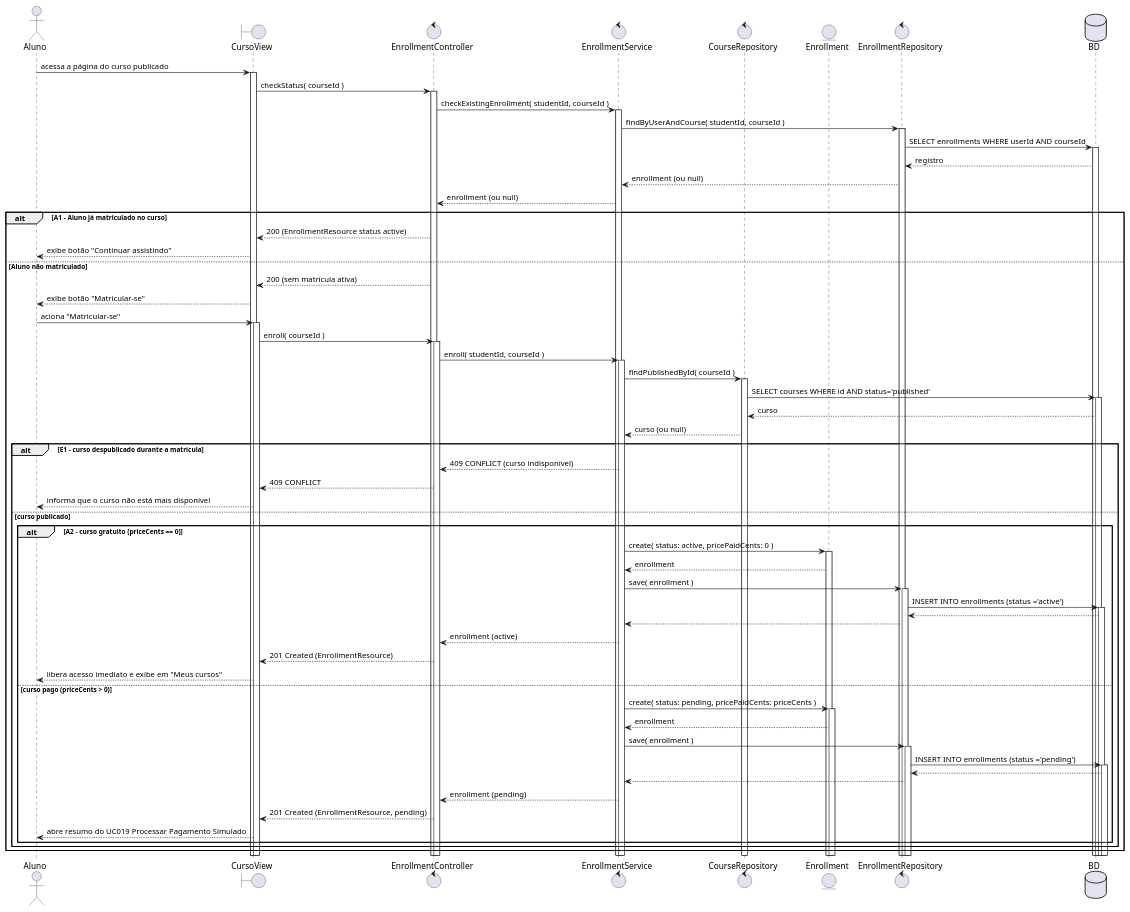
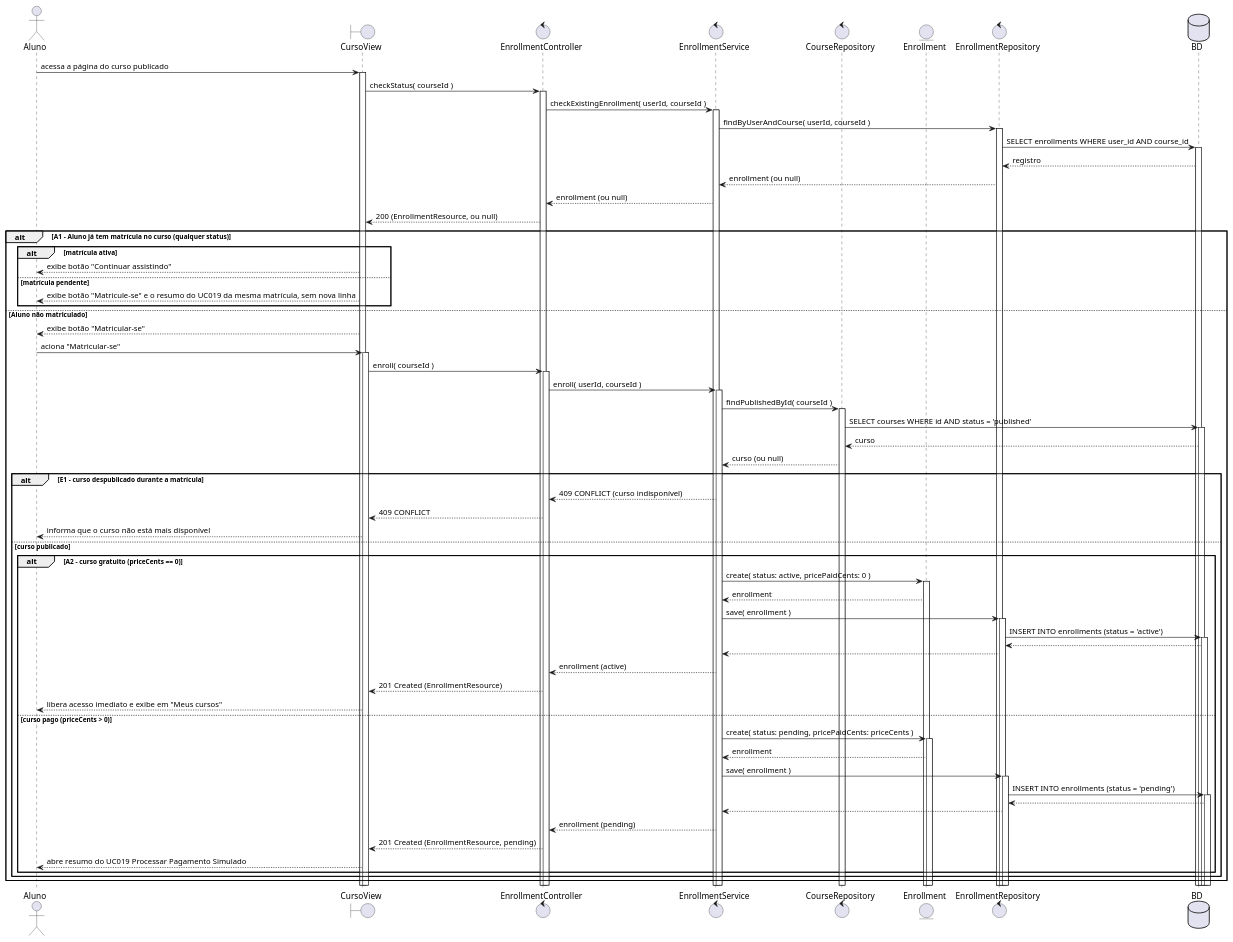
The diagram in scripts/drawio-seqgen/exemplos/14-sequencia-uc003.puml (Plataforma-de-Cursos-TCC/plataforma-cursos-docs), drawn with PlantUML before and after one commit. The commit also changed 15 other files, not shown here.

First line of the commit message:
docs(diagrama-de-sequencia): align Area C sequences with the approved decisions

```diff
--- a/scripts/drawio-seqgen/exemplos/14-sequencia-uc003.puml
+++ b/scripts/drawio-seqgen/exemplos/14-sequencia-uc003.puml
@@ -3,59 +3,62 @@
 @startuml 14-sequencia-uc003
 actor Aluno
 boundary CursoView
 control EnrollmentController
 control EnrollmentService
 control CourseRepository
 entity Enrollment
 control EnrollmentRepository
 database BD
 Aluno -> CursoView ++ : acessa a página do curso publicado
 CursoView -> EnrollmentController ++ : checkStatus( courseId )
-EnrollmentController -> EnrollmentService ++ : checkExistingEnrollment( studentId, courseId )
-EnrollmentService -> EnrollmentRepository ++ : findByUserAndCourse( studentId, courseId )
-EnrollmentRepository -> BD ++ : SELECT enrollments WHERE userId AND courseId
+EnrollmentController -> EnrollmentService ++ : checkExistingEnrollment( userId, courseId )
+EnrollmentService -> EnrollmentRepository ++ : findByUserAndCourse( userId, courseId )
+EnrollmentRepository -> BD ++ : SELECT enrollments WHERE user_id AND course_id
 BD --> EnrollmentRepository : registro
 EnrollmentRepository --> EnrollmentService : enrollment (ou null)
 EnrollmentService --> EnrollmentController : enrollment (ou null)
-alt A1 - Aluno já matriculado no curso
-EnrollmentController --> CursoView : 200 (EnrollmentResource status active)
+EnrollmentController --> CursoView : 200 (EnrollmentResource, ou null)
+alt A1 - Aluno já tem matrícula no curso (qualquer status)
+alt matrícula ativa
 CursoView --> Aluno : exibe botão "Continuar assistindo"
+else matrícula pendente
+CursoView --> Aluno : exibe botão "Matricule-se" e o resumo do UC019 da mesma matrícula, sem nova linha
+end
 else Aluno não matriculado
-EnrollmentController --> CursoView : 200 (sem matrícula ativa)
 CursoView --> Aluno : exibe botão "Matricular-se"
 Aluno -> CursoView ++ : aciona "Matricular-se"
 CursoView -> EnrollmentController ++ : enroll( courseId )
-EnrollmentController -> EnrollmentService ++ : enroll( studentId, courseId )
+EnrollmentController -> EnrollmentService ++ : enroll( userId, courseId )
 EnrollmentService -> CourseRepository ++ : findPublishedById( courseId )
-CourseRepository -> BD ++ : SELECT courses WHERE id AND status='published'
+CourseRepository -> BD ++ : SELECT courses WHERE id AND status = 'published'
 BD --> CourseRepository : curso
 CourseRepository --> EnrollmentService : curso (ou null)
 alt E1 - curso despublicado durante a matrícula
 EnrollmentService --> EnrollmentController : 409 CONFLICT (curso indisponível)
 EnrollmentController --> CursoView : 409 CONFLICT
 CursoView --> Aluno : informa que o curso não está mais disponível
 else curso publicado
 alt A2 - curso gratuito (priceCents == 0)
 EnrollmentService -> Enrollment ++ : create( status: active, pricePaidCents: 0 )
 Enrollment --> EnrollmentService : enrollment
 EnrollmentService -> EnrollmentRepository ++ : save( enrollment )
-EnrollmentRepository -> BD ++ : INSERT INTO enrollments (status ='active')
+EnrollmentRepository -> BD ++ : INSERT INTO enrollments (status = 'active')
 BD --> EnrollmentRepository
 EnrollmentRepository --> EnrollmentService
 EnrollmentService --> EnrollmentController : enrollment (active)
 EnrollmentController --> CursoView : 201 Created (EnrollmentResource)
 CursoView --> Aluno : libera acesso imediato e exibe em "Meus cursos"
 else curso pago (priceCents > 0)
 EnrollmentService -> Enrollment ++ : create( status: pending, pricePaidCents: priceCents )
 Enrollment --> EnrollmentService : enrollment
 EnrollmentService -> EnrollmentRepository ++ : save( enrollment )
-EnrollmentRepository -> BD ++ : INSERT INTO enrollments (status ='pending')
+EnrollmentRepository -> BD ++ : INSERT INTO enrollments (status = 'pending')
 BD --> EnrollmentRepository
 EnrollmentRepository --> EnrollmentService
 EnrollmentService --> EnrollmentController : enrollment (pending)
 EnrollmentController --> CursoView : 201 Created (EnrollmentResource, pending)
 CursoView --> Aluno : abre resumo do UC019 Processar Pagamento Simulado
 end
 end
 end
 @enduml
```
